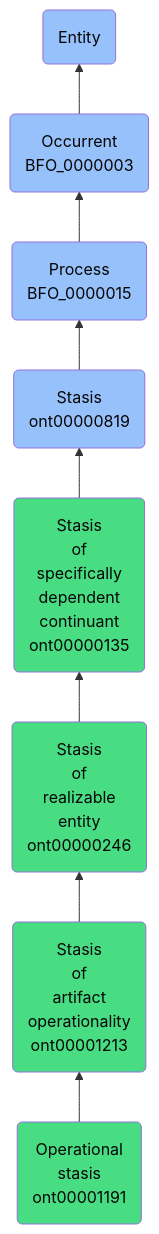
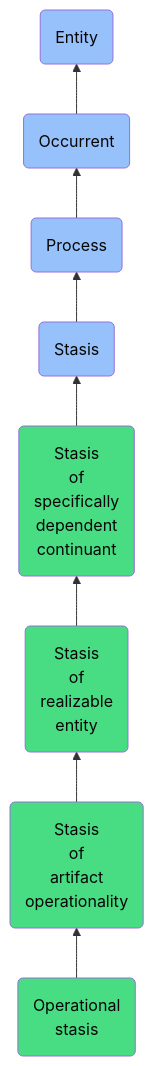
The diagram in docs/ontology/reference/model/Entity/Occurrent/Process/Stasis/Stasis of specifically dependent continuant/Stasis of realizable entity/Stasis of artifact operationality/Operational stasis/Operational stasis.md (jupyter-naas/abi), drawn with Mermaid before and after one commit. The commit also changed other lines of this file and 1430 other files, not shown here.

````diff
--- a/docs/ontology/reference/model/Entity/Occurrent/Process/Stasis/Stasis of specifically dependent continuant/Stasis of realizable entity/Stasis of artifact operationality/Operational stasis/Operational stasis.md
+++ b/docs/ontology/reference/model/Entity/Occurrent/Process/Stasis/Stasis of specifically dependent continuant/Stasis of realizable entity/Stasis of artifact operationality/Operational stasis/Operational stasis.md
@@ -24,15 +24,15 @@
 ```mermaid
 graph BT
-    ont00001191(Operational<br>stasis<br>ont00001191):::ABI-->ont00001213
-    ont00001213(Stasis<br>of<br>artifact<br>operationality<br>ont00001213):::ABI-->ont00000246
-    ont00000246(Stasis<br>of<br>realizable<br>entity<br>ont00000246):::ABI-->ont00000135
-    ont00000135(Stasis<br>of<br>specifically<br>dependent<br>continuant<br>ont00000135):::ABI-->ont00000819
-    ont00000819(Stasis<br>ont00000819):::BFO-->BFO_0000015
-    BFO_0000015(Process<br>BFO_0000015):::BFO-->BFO_0000003
-    BFO_0000003(Occurrent<br>BFO_0000003):::BFO-->BFO_0000001
+    ont00001191(Operational<br>stasis):::ABI-->ont00001213
+    ont00001213(Stasis<br>of<br>artifact<br>operationality):::ABI-->ont00000246
+    ont00000246(Stasis<br>of<br>realizable<br>entity):::ABI-->ont00000135
+    ont00000135(Stasis<br>of<br>specifically<br>dependent<br>continuant):::ABI-->ont00000819
+    ont00000819(Stasis):::BFO-->BFO_0000015
+    BFO_0000015(Process):::BFO-->BFO_0000003
+    BFO_0000003(Occurrent):::BFO-->BFO_0000001
     BFO_0000001(Entity):::BFO
     
     classDef BFO fill:#97c1fb,color:#060606
     classDef CCO fill:#e4c51e,color:#060606
     classDef ABI fill:#48DD82,color:#060606
 ```
````
